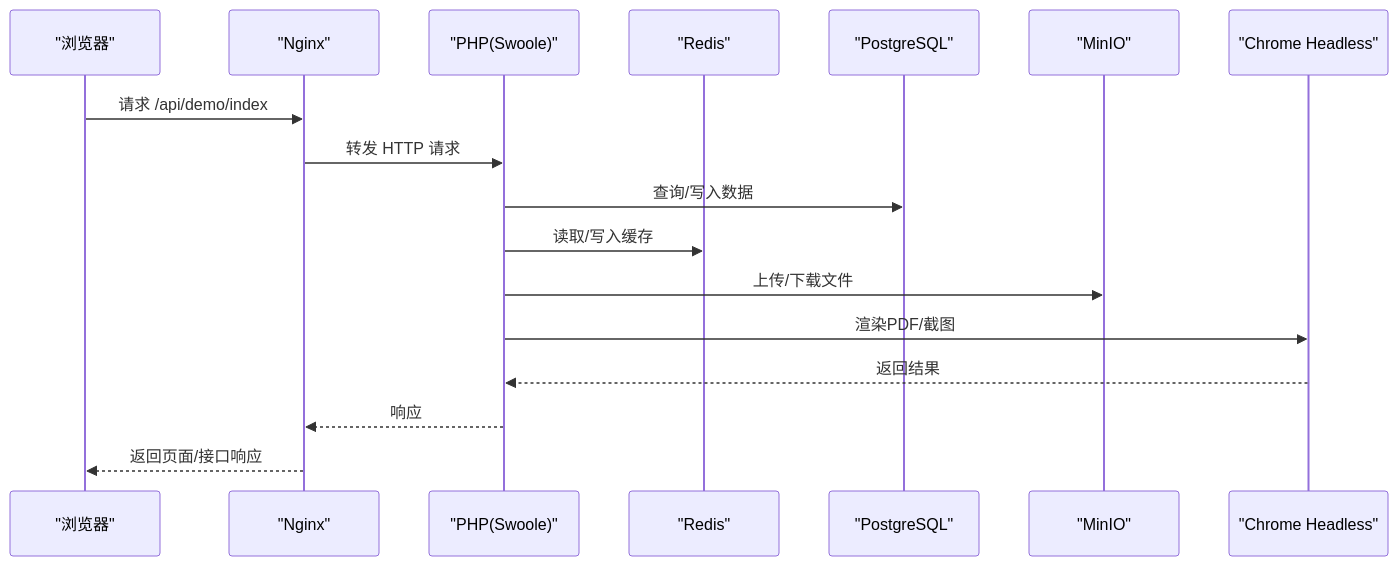
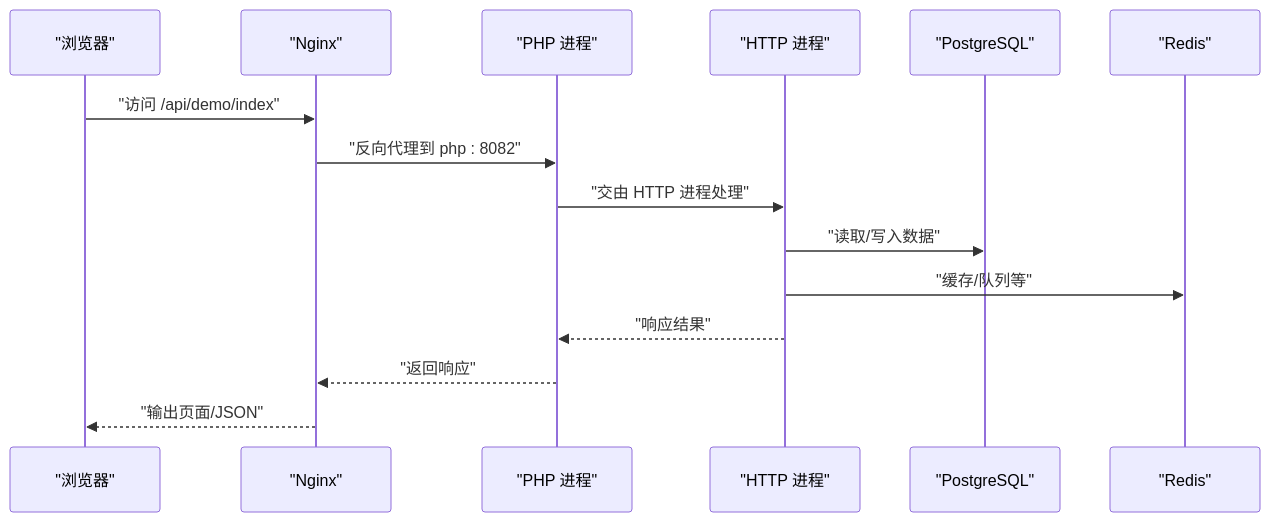
The second of 3 diagrams in repowiki/zh/content/快速开始.md (sxlianlinbin/process_rules), drawn with Mermaid before and after one commit. The commit also changed other lines of this file and 207 other files, not shown here.

````diff
--- a/repowiki/zh/content/快速开始.md
+++ b/repowiki/zh/content/快速开始.md
@@ -106,19 +112,17 @@
 ```mermaid
 sequenceDiagram
-participant Browser as "浏览器"
-participant Nginx as "Nginx"
-participant PHP as "PHP(Swoole)"
-participant Redis as "Redis"
-participant PG as "PostgreSQL"
-participant Minio as "MinIO"
-participant Chrome as "Chrome Headless"
-Browser->>Nginx : 请求 /api/demo/index
-Nginx->>PHP : 转发 HTTP 请求
-PHP->>PG : 查询/写入数据
-PHP->>Redis : 读取/写入缓存
-PHP->>Minio : 上传/下载文件
-PHP->>Chrome : 渲染PDF/截图
-Chrome-->>PHP : 返回结果
-PHP-->>Nginx : 响应
-Nginx-->>Browser : 返回页面/接口响应
+participant U as "浏览器"
+participant N as "Nginx"
+participant P as "PHP 进程"
+participant H as "HTTP 进程"
+participant DB as "PostgreSQL"
+participant R as "Redis"
+U->>N : "访问 /api/demo/index"
+N->>P : "反向代理到 php : 8082"
+P->>H : "交由 HTTP 进程处理"
+H->>DB : "读取/写入数据"
+H->>R : "缓存/队列等"
+H-->>P : "响应结果"
+P-->>N : "返回响应"
+N-->>U : "输出页面/JSON"
 ```
````
